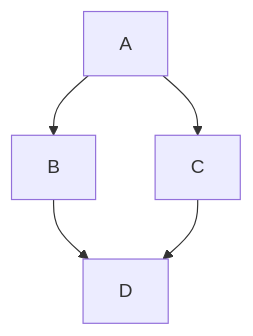
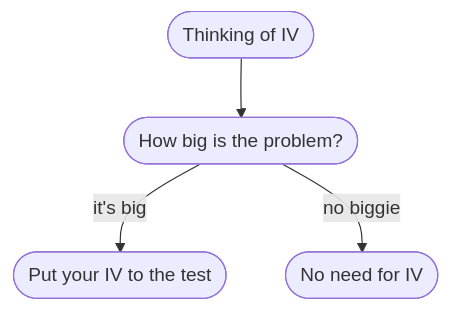
One commit to imccart/website changed the diagram in content/files/iv_flowchart.md. Above: the diagram before and after it, drawn with Mermaid. The commit also changed 1 other file, not shown here.

Commit message:
Add some functionality to mermaid graph

```diff
--- a/content/files/iv_flowchart.md
+++ b/content/files/iv_flowchart.md
@@ -8,8 +8,7 @@
 {{<mermaid>}}
 graph TD;
-  A-->B;
-  A-->C;
-  B-->D;
-  C-->D;
-  click B "http://www.github.com" "This is a link"
+  A([Thinking of IV])-->B([How big is the problem?]);
+  B-->|it's big|C([Put your IV to the test]);
+  B-->|no biggie|D([No need for IV]);
+  click B "http://www.ianmccarthyecon.netlify.app/files/iv_problem.html" "Details"
 {{</mermaid>}}
```
